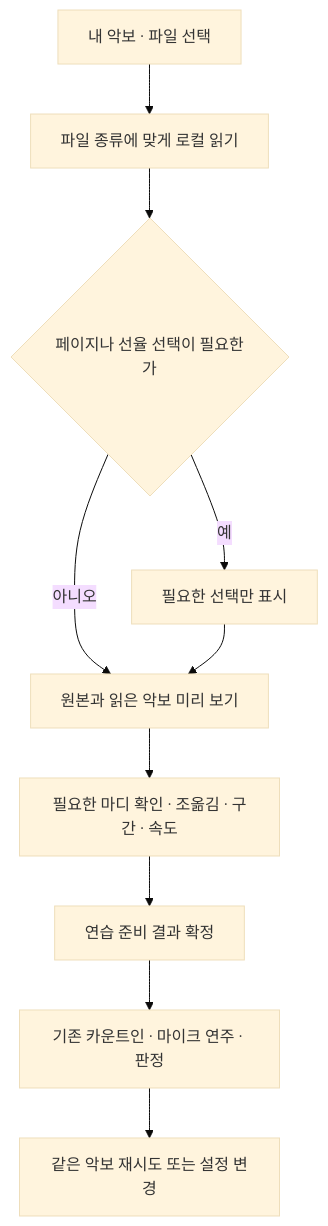
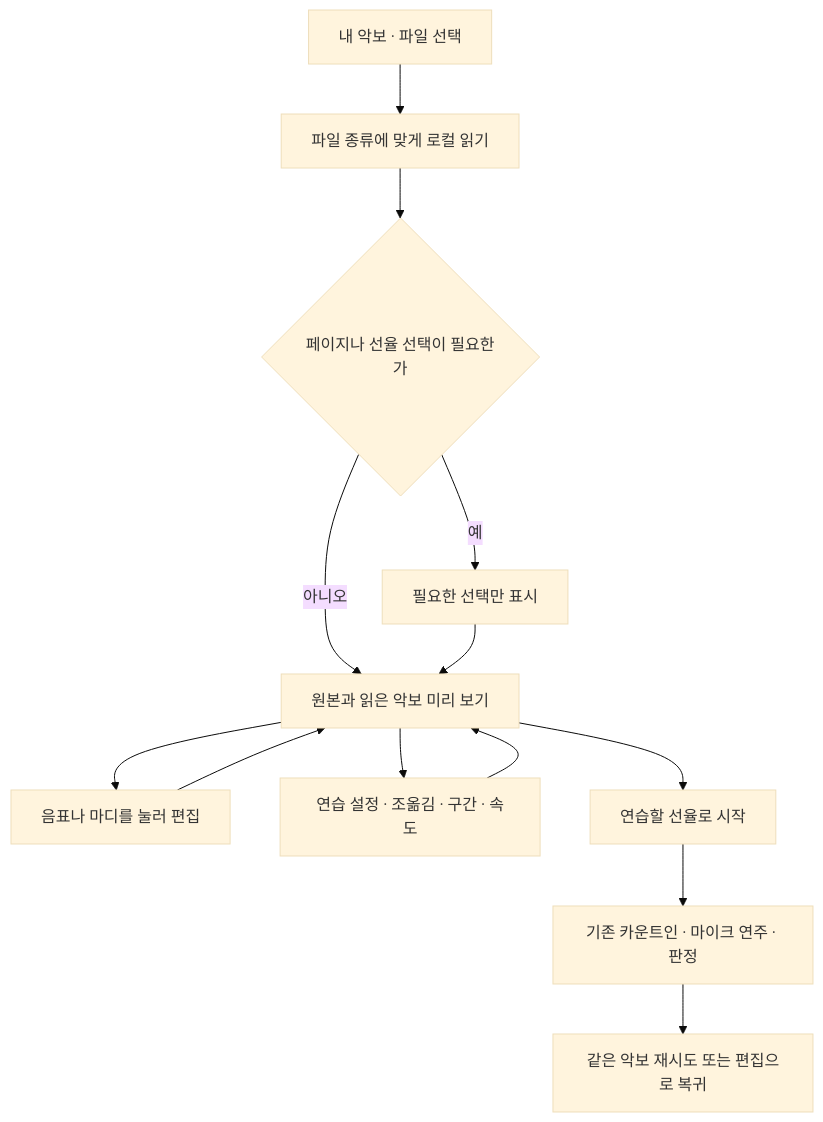
Before and after one commit to wkghd1223/note-quiz: the diagram in docs/design/uploaded-score-practice.md, drawn with Mermaid (base theme). The commit also changed other lines of this file and 79 other files, not shown here.

````diff
--- a/docs/design/uploaded-score-practice.md
+++ b/docs/design/uploaded-score-practice.md
@@ -47,12 +66,15 @@
 ```mermaid
 flowchart TD
     A[내 악보 · 파일 선택] --> B[파일 종류에 맞게 로컬 읽기]
     B --> C{페이지나 선율 선택이 필요한가}
     C -- 예 --> D[필요한 선택만 표시]
     C -- 아니오 --> E[원본과 읽은 악보 미리 보기]
     D --> E
-    E --> F[필요한 마디 확인 · 조옮김 · 구간 · 속도]
-    F --> G[연습 준비 결과 확정]
+    E --> F[음표나 마디를 눌러 편집]
+    F --> E
+    E --> S[연습 설정 · 조옮김 · 구간 · 속도]
+    S --> E
+    E --> G[연습할 선율로 시작]
     G --> H[기존 카운트인 · 마이크 연주 · 판정]
-    H --> I[같은 악보 재시도 또는 설정 변경]
+    H --> I[같은 악보 재시도 또는 편집으로 복귀]
 ```
````
